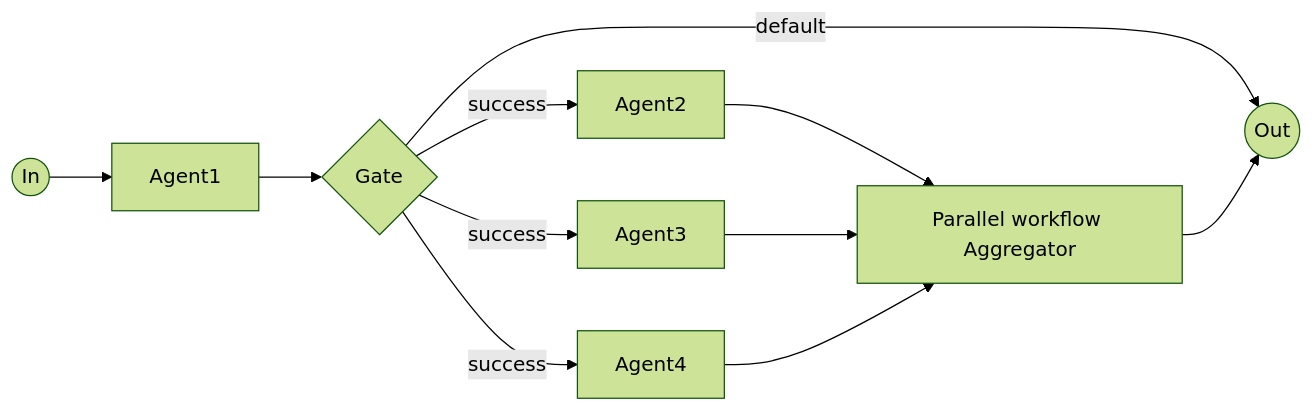
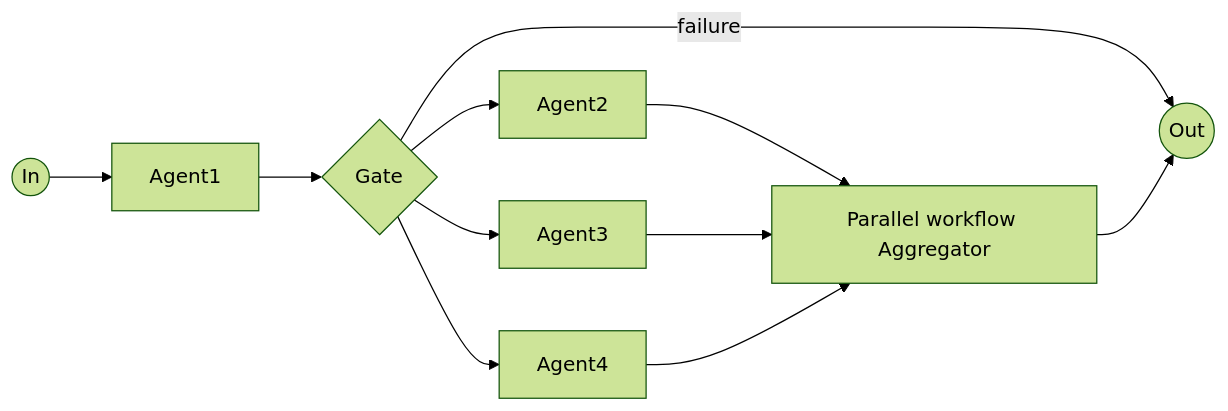
One commit to rootstrap/mars changed the diagram in examples/complex_llm_workflow/diagram.md. Above: the diagram before and after it, drawn with Mermaid (forest theme). The commit also changed 11 other files, not shown here.

````diff
--- a/examples/complex_llm_workflow/diagram.md
+++ b/examples/complex_llm_workflow/diagram.md
@@ -1,21 +1,21 @@
 ```mermaid
 flowchart LR
 in((In))
 out((Out))
 agent1[Agent1]
 gate{Gate}
 parallel_workflow_aggregator[Parallel workflow Aggregator]
 agent2[Agent2]
 agent3[Agent3]
 agent4[Agent4]
 in --> agent1
 agent1 --> gate
-gate -->|success| agent2
-gate -->|success| agent3
-gate -->|success| agent4
-gate -->|default| out
+gate -->|failure| out
+gate --> agent2
+gate --> agent3
+gate --> agent4
 agent2 --> parallel_workflow_aggregator
 parallel_workflow_aggregator --> out
 agent3 --> parallel_workflow_aggregator
 agent4 --> parallel_workflow_aggregator
 ```
````
